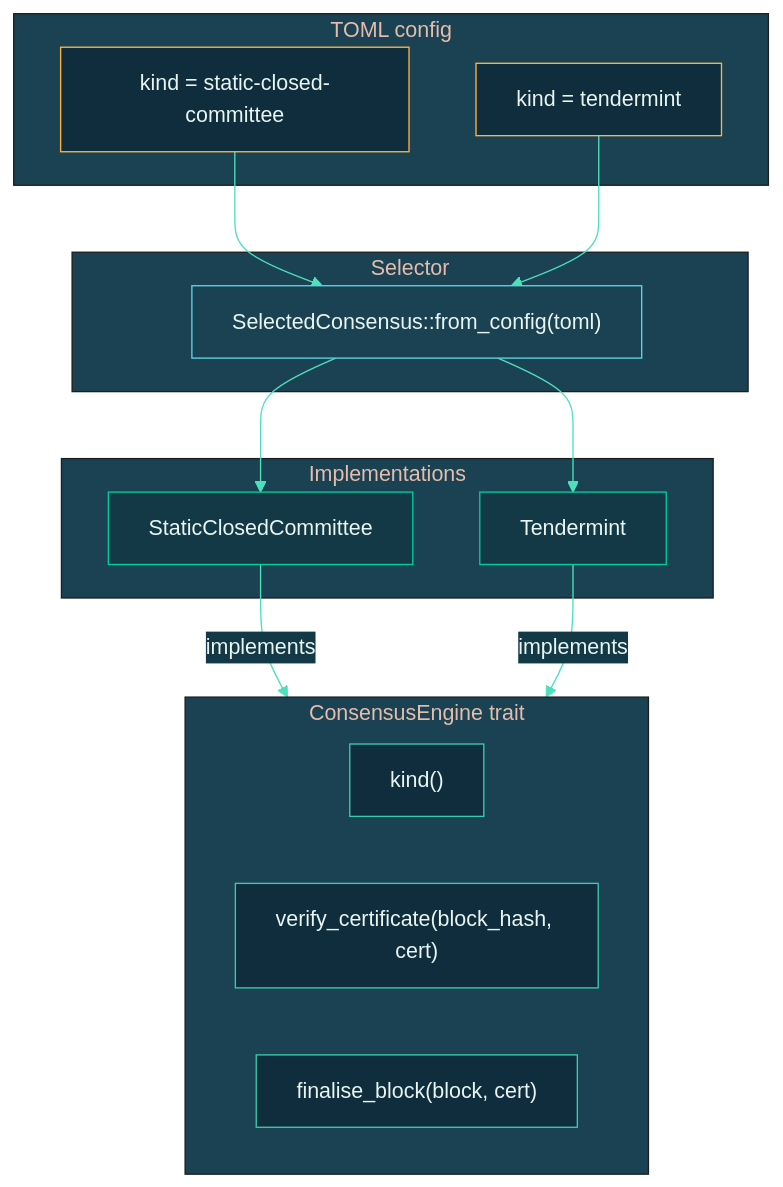
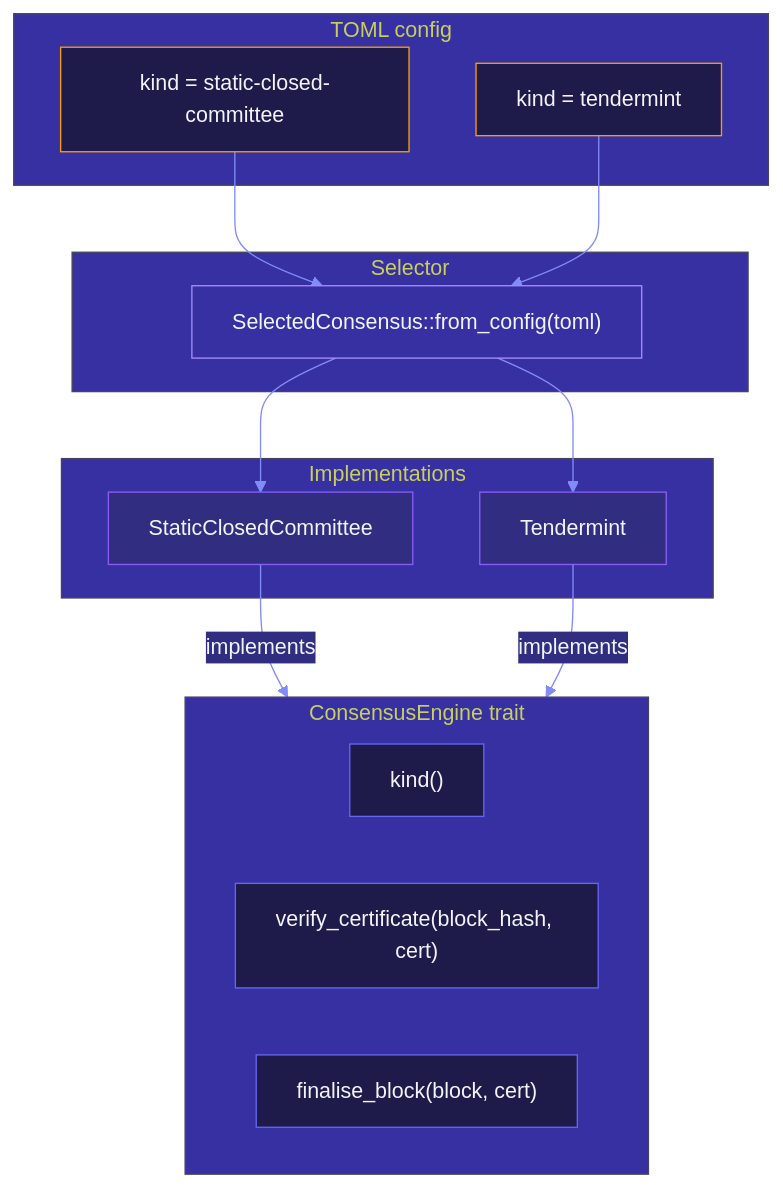
The first of 2 diagrams in docs/architecture/consensus.md (Myelin-Labs/Myelin), drawn with Mermaid before and after one commit. The commit also changed other lines of this file and 31 other files, not shown here.

````diff
--- a/docs/architecture/consensus.md
+++ b/docs/architecture/consensus.md
@@ -38,44 +38,44 @@
 ```mermaid
 %%{init: {
   "theme": "base",
   "themeVariables": {
-    "primaryColor": "#0F2D3D",
-    "primaryTextColor": "#E8F5F1",
-    "primaryBorderColor": "#3CCBAA",
-    "lineColor": "#4EE0BC",
-    "secondaryColor": "#143946",
-    "tertiaryColor": "#1A4253"
+    "primaryColor": "#1E1B4B",
+    "primaryTextColor": "#F1F5F9",
+    "primaryBorderColor": "#6366F1",
+    "lineColor": "#818CF8",
+    "secondaryColor": "#312E81",
+    "tertiaryColor": "#3730A3"
   }
 }}%%
 flowchart TB
     subgraph TR["ConsensusEngine trait"]
         K["kind()"]:::trait
         V["verify_certificate(block_hash, cert)"]:::trait
         F["finalise_block(block, cert)"]:::trait
     end
     subgraph ENGS["Implementations"]
         S["StaticClosedCommittee"]:::impl1
         T["Tendermint"]:::impl2
     end
     subgraph SEL["Selector"]
         SC["SelectedConsensus::from_config(toml)"]:::sel
     end
     subgraph CFG["TOML config"]
         C1["kind = static-closed-committee"]:::cfg
         C2["kind = tendermint"]:::cfg
     end
 
     SC --> S
     SC --> T
     C1 --> SC
     C2 --> SC
 
     S -->|implements| TR
     T -->|implements| TR
 
-    classDef trait fill:#0F2D3D,stroke:#3CCBAA,color:#E8F5F1;
-    classDef impl1 fill:#143946,stroke:#00CC9F,color:#E8F5F1;
-    classDef impl2 fill:#143946,stroke:#00CC9F,color:#E8F5F1;
-    classDef sel  fill:#1A4253,stroke:#5DD4E5,color:#E8F5F1;
-    classDef cfg  fill:#0F2D3D,stroke:#FFB347,color:#E8F5F1;
+    classDef trait fill:#1E1B4B,stroke:#6366F1,color:#F1F5F9;
+    classDef impl1 fill:#312E81,stroke:#8B5CF6,color:#F1F5F9;
+    classDef impl2 fill:#312E81,stroke:#8B5CF6,color:#F1F5F9;
+    classDef sel  fill:#3730A3,stroke:#A78BFA,color:#F1F5F9;
+    classDef cfg  fill:#1E1B4B,stroke:#F59E0B,color:#F1F5F9;
 ```
````
